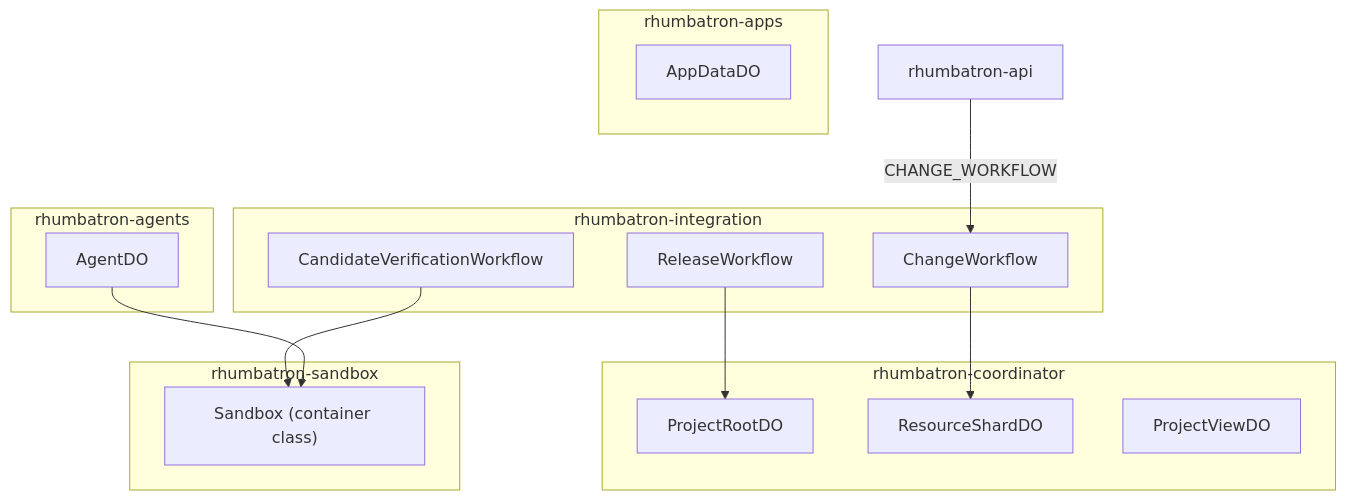
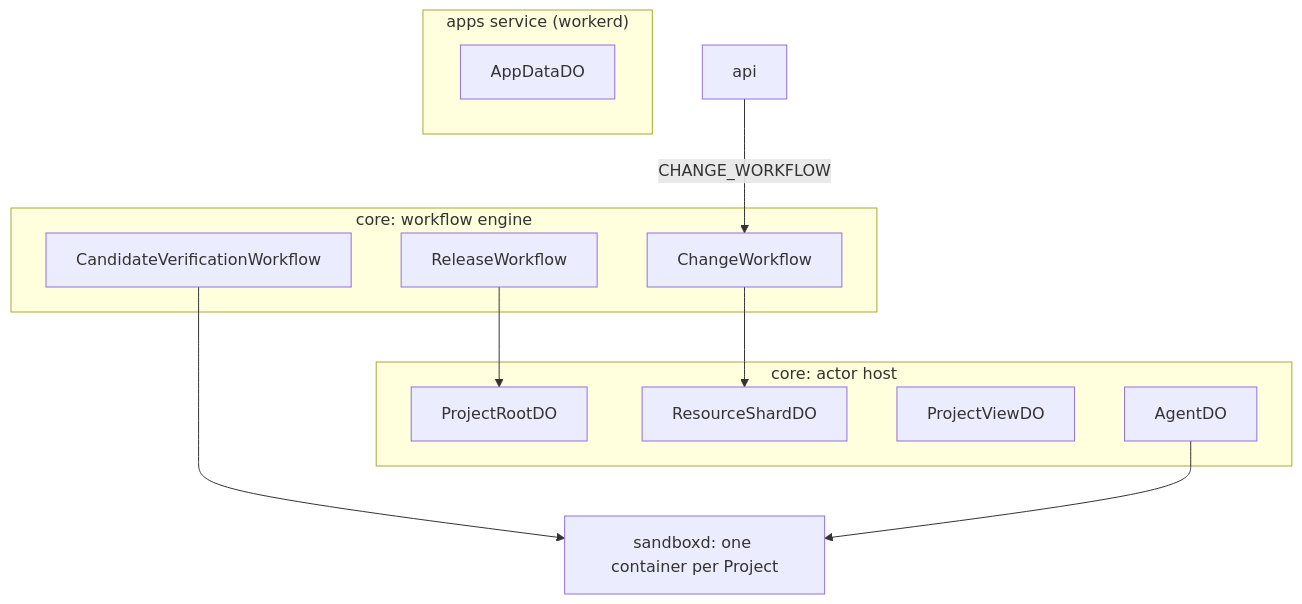
One commit to nsudhanva/rhumbatron changed the third of 4 diagrams in docs/architecture/README.md. Above: the diagram before and after it, drawn with Mermaid. The commit also changed other lines of this file and 322 other files, not shown here.

First line of the commit message:
feat!: run Rhumbatron as one Docker Compose stack on open-source backends

````diff
--- a/docs/architecture/README.md
+++ b/docs/architecture/README.md
@@ -143,27 +153,23 @@
 ```mermaid
 flowchart TB
-  subgraph COORD["rhumbatron-coordinator"]
+  subgraph CORE["core: actor host"]
     PR["ProjectRootDO"]
     RS["ResourceShardDO"]
     PV["ProjectViewDO"]
-  end
-  subgraph AG["rhumbatron-agents"]
     ADO["AgentDO"]
   end
-  subgraph SBX["rhumbatron-sandbox"]
-    SB["Sandbox (container class)"]
-  end
-  subgraph INT["rhumbatron-integration"]
+  subgraph WF["core: workflow engine"]
     CW["ChangeWorkflow"]
     VW["CandidateVerificationWorkflow"]
     RW["ReleaseWorkflow"]
   end
-  subgraph APPS["rhumbatron-apps"]
+  subgraph APPS["apps service (workerd)"]
     ADD["AppDataDO"]
   end
-  API["rhumbatron-api"] -->|"CHANGE_WORKFLOW"| CW
+  SBX["sandboxd: one container per Project"]
+  API["api"] -->|"CHANGE_WORKFLOW"| CW
   CW --> RS
-  VW --> SB
-  ADO --> SB
+  VW --> SBX
+  ADO --> SBX
   RW --> PR
 ```
````
